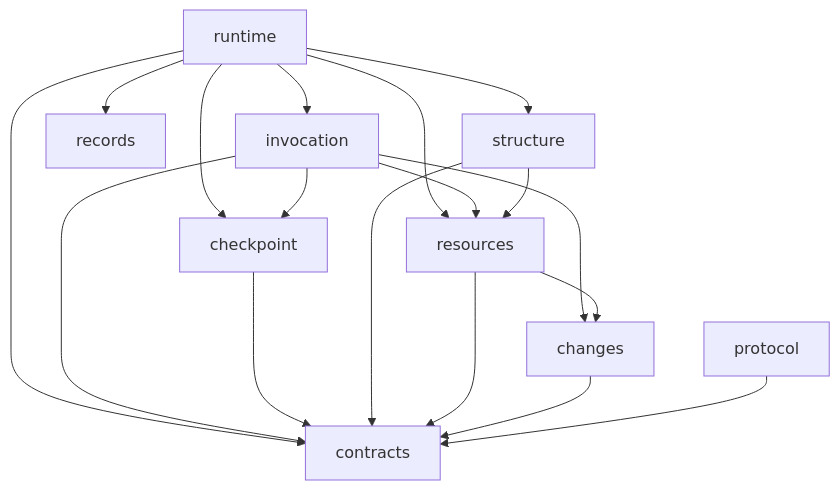
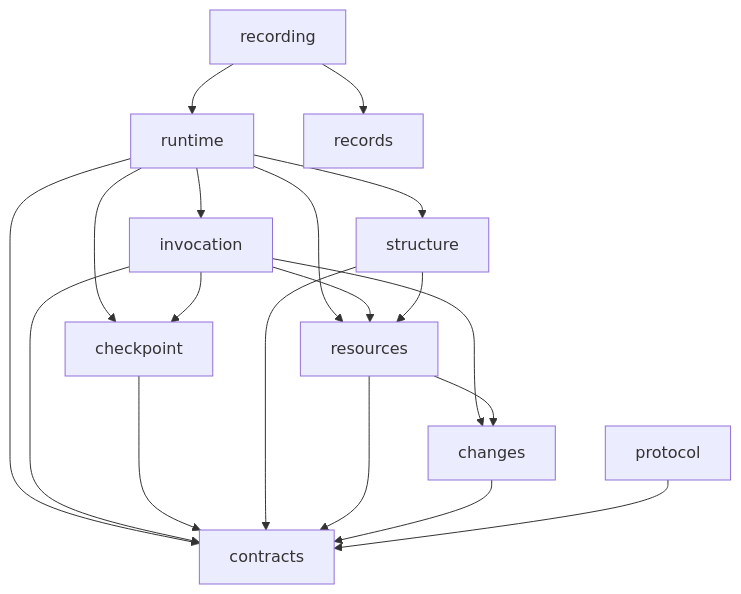
The diagram in docs/contracts-protocol.md (weiliang0121/capix), drawn with Mermaid before and after one commit. The commit also changed 278 other files, not shown here.

````diff
--- a/docs/contracts-protocol.md
+++ b/docs/contracts-protocol.md
@@ -19,20 +19,21 @@
 ```mermaid
 flowchart TD
   Runtime[runtime] --> Structure[structure]
   Runtime --> Resources[resources]
-  Runtime --> Records[records]
+  Recording[recording] --> Runtime
+  Recording --> Records[records]
   Runtime --> Contracts[contracts]
   Runtime --> Checkpoint[checkpoint]
   Runtime --> Invocation[invocation]
   Invocation --> Contracts
   Invocation --> Resources
   Invocation --> Checkpoint
   Invocation --> Changes[changes]
   Checkpoint --> Contracts
   Structure --> Resources
   Structure --> Contracts
   Resources --> Contracts
   Resources --> Changes
   Changes --> Contracts
   Protocol[protocol] --> Contracts
 ```
````
